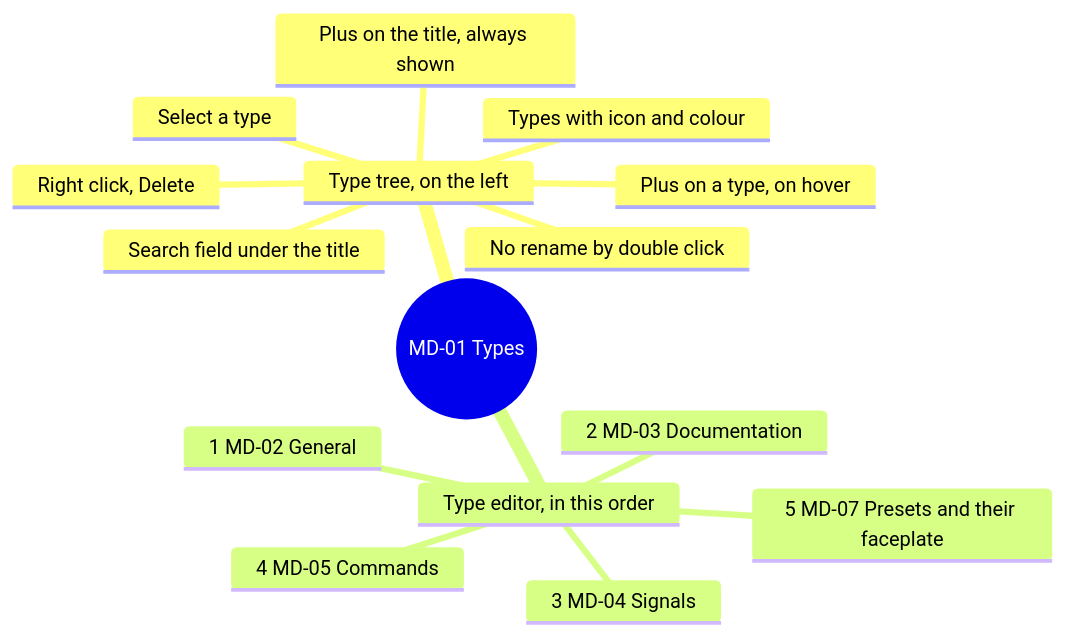
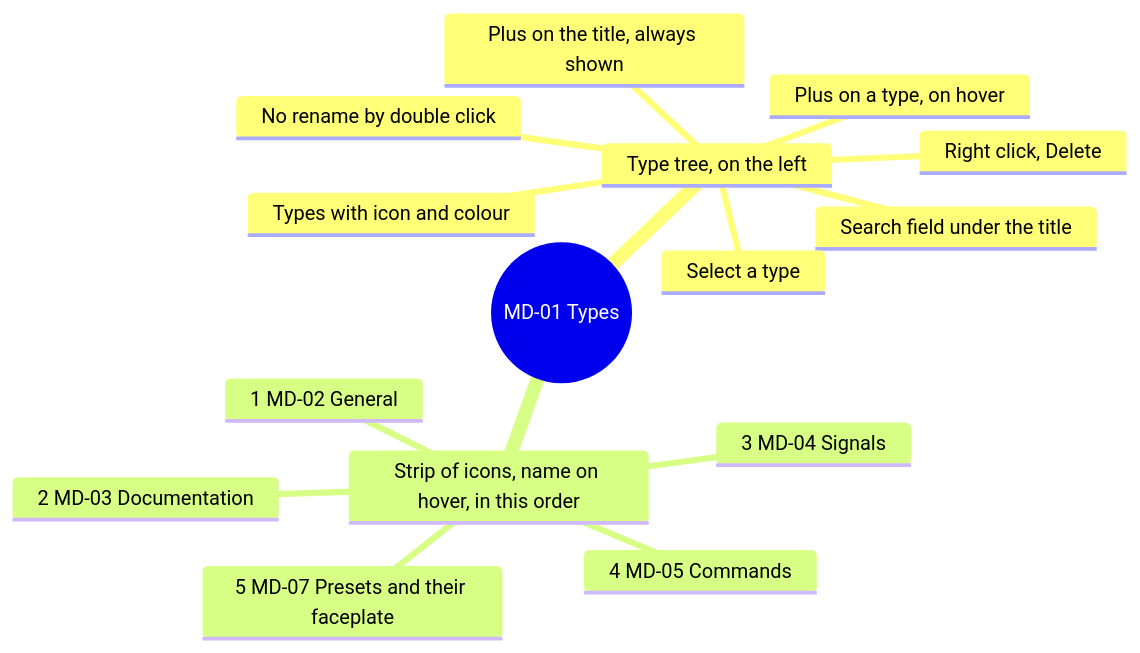
One commit to AlexandreGallais/synoptic-studio-spec changed the second of 13 diagrams in screens/metadata.md. Above: the diagram before and after it, drawn with Mermaid. The commit also changed other lines of this file and 10 other files, not shown here.

First line of the commit message:
docs(spec): settle type parts strip, right-click delete and input-only commands

````diff
--- a/screens/metadata.md
+++ b/screens/metadata.md
@@ -33,18 +33,18 @@
 ```mermaid
 mindmap
   root((MD-01 Types))
     Type tree, on the left
       Plus on the title, always shown
       Search field under the title
       Types with icon and colour
       Plus on a type, on hover
       Select a type
       Right click, Delete
       No rename by double click
-    Type editor, in this order
+    Strip of icons, name on hover, in this order
       1 MD-02 General
       2 MD-03 Documentation
       3 MD-04 Signals
       4 MD-05 Commands
       5 MD-07 Presets and their faceplate
 ```
````
